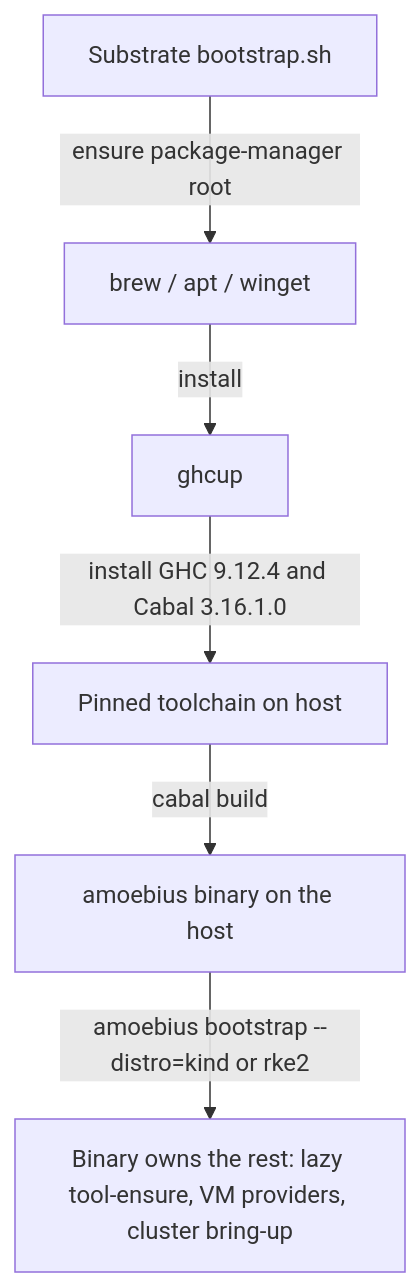
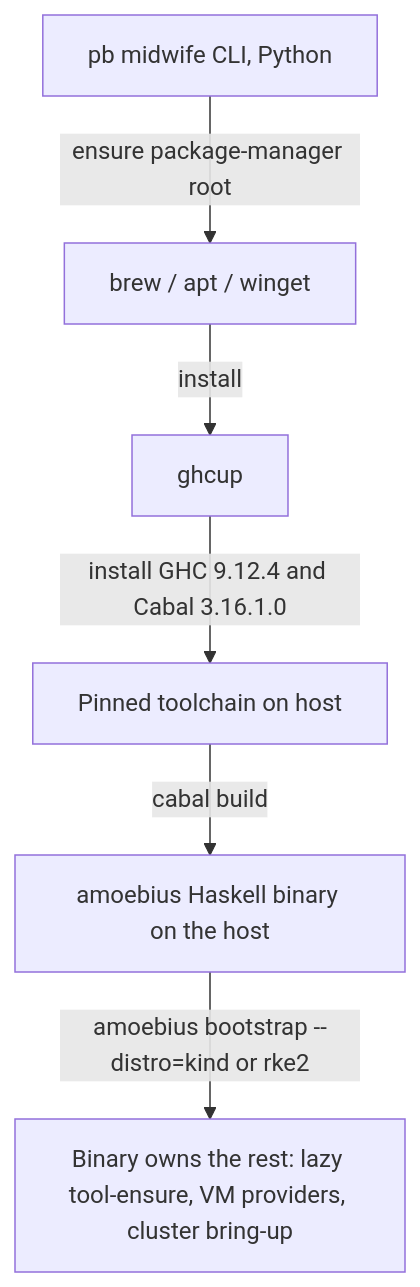
Before and after one commit to Tuee22/amoebius: the third of 3 diagrams in documents/engineering/substrate_doctrine.md, drawn with Mermaid. The commit also changed other lines of this file and 22 other files, not shown here.

````diff
--- a/documents/engineering/substrate_doctrine.md
+++ b/documents/engineering/substrate_doctrine.md
@@ -374,8 +379,8 @@
 ```mermaid
 flowchart TD
-  sh[Substrate bootstrap.sh] -->|ensure package-manager root| pm[brew / apt / winget]
+  pb[pb midwife CLI, Python] -->|ensure package-manager root| pm[brew / apt / winget]
   pm -->|install| ghcup[ghcup]
   ghcup -->|install GHC 9.12.4 and Cabal 3.16.1.0| tc[Pinned toolchain on host]
-  tc -->|cabal build| bin[amoebius binary on the host]
+  tc -->|cabal build| bin[amoebius Haskell binary on the host]
   bin -->|amoebius bootstrap --distro=kind or rke2| handoff[Binary owns the rest: lazy tool-ensure, VM providers, cluster bring-up]
 ```
````
